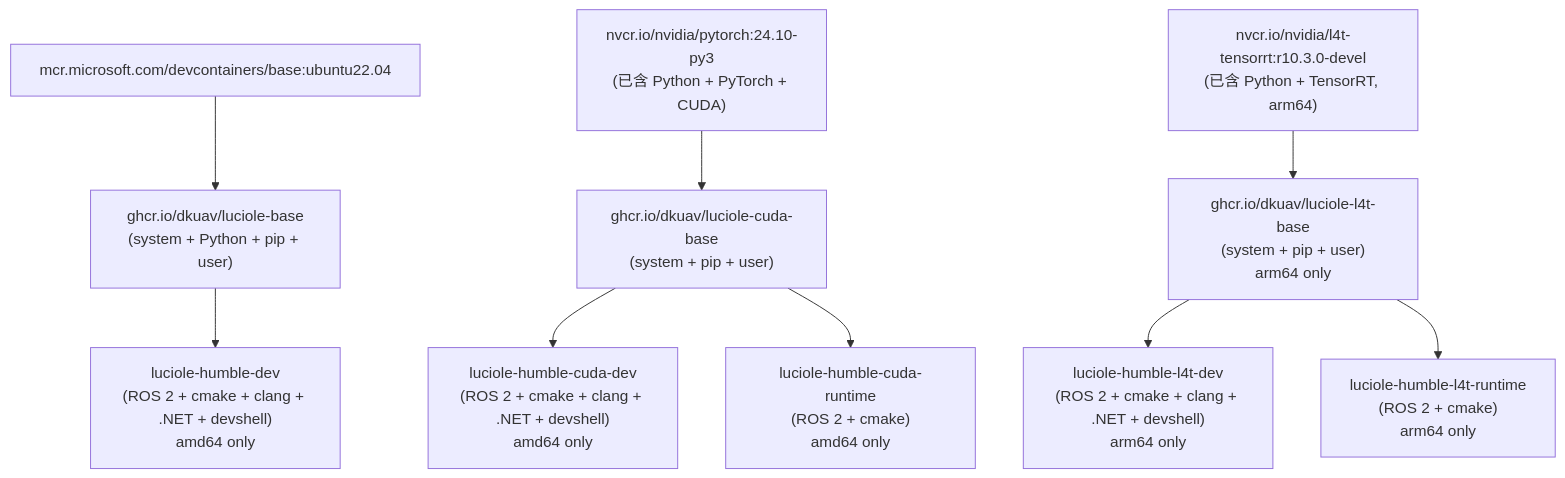
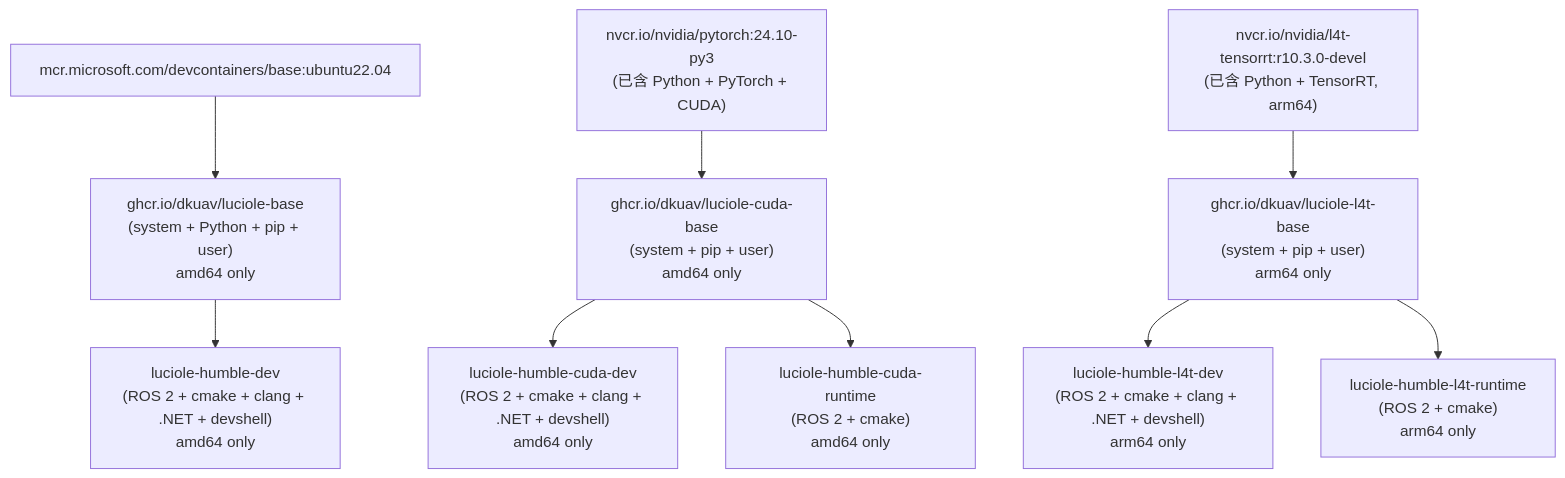
Before and after one commit to DKUAV/images: the first of 2 diagrams in README_zh.md, drawn with Mermaid. The commit also changed other lines of this file and 19 other files, not shown here.

````diff
--- a/README_zh.md
+++ b/README_zh.md
@@ -11,12 +11,12 @@
 ```mermaid
 graph TD
-  U["mcr.microsoft.com/devcontainers/base:ubuntu22.04"] --> LB["ghcr.io/dkuav/luciole-base\n(system + Python + pip + user)"]
-  C["nvcr.io/nvidia/pytorch:24.10-py3\n(已含 Python + PyTorch + CUDA)"] --> CB["ghcr.io/dkuav/luciole-cuda-base\n(system + pip + user)"]
+  U["mcr.microsoft.com/devcontainers/base:ubuntu22.04"] --> LB["ghcr.io/dkuav/luciole-base\n(system + Python + pip + user)\namd64 only"]
+  C["nvcr.io/nvidia/pytorch:24.10-py3\n(已含 Python + PyTorch + CUDA)"] --> CB["ghcr.io/dkuav/luciole-cuda-base\n(system + pip + user)\namd64 only"]
   L["nvcr.io/nvidia/l4t-tensorrt:r10.3.0-devel\n(已含 Python + TensorRT, arm64)"] --> LTB["ghcr.io/dkuav/luciole-l4t-base\n(system + pip + user)\narm64 only"]
 
   LB --> HD["luciole-humble-dev\n(ROS 2 + cmake + clang + .NET + devshell)\namd64 only"]
   CB --> HCD["luciole-humble-cuda-dev\n(ROS 2 + cmake + clang + .NET + devshell)\namd64 only"]
   CB --> HCR["luciole-humble-cuda-runtime\n(ROS 2 + cmake)\namd64 only"]
   LTB --> HLD["luciole-humble-l4t-dev\n(ROS 2 + cmake + clang + .NET + devshell)\narm64 only"]
   LTB --> HLR["luciole-humble-l4t-runtime\n(ROS 2 + cmake)\narm64 only"]
 ```
````
